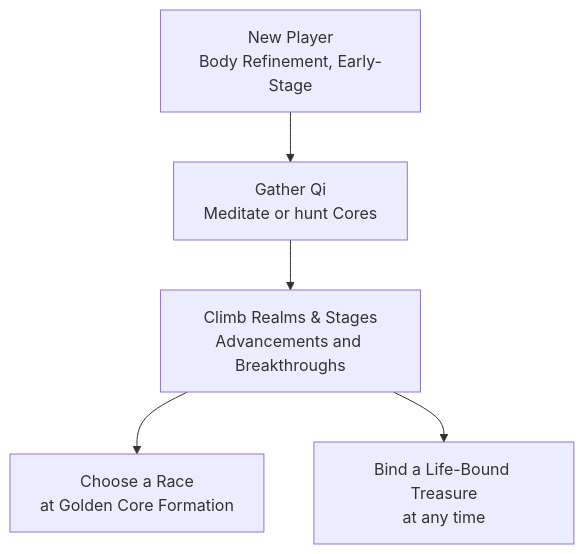
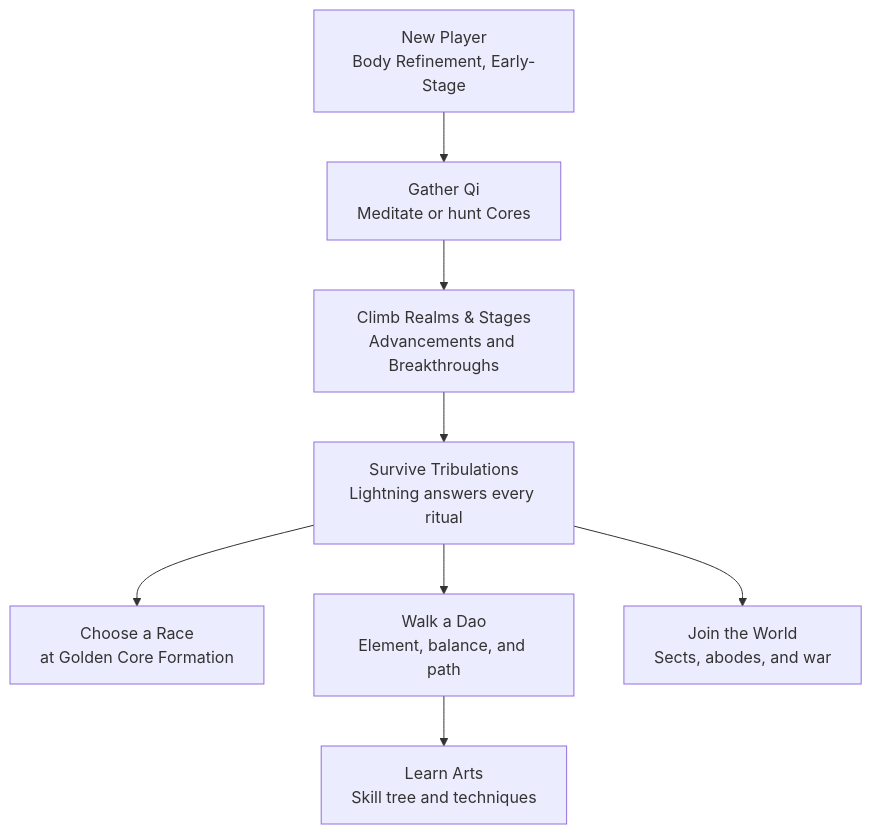
Before and after one commit to SirenHytale/mermaids.dev: the diagram in cultivation/index.md, drawn with Mermaid. The commit also changed other lines of this file and 36 other files, not shown here.

````diff
--- a/cultivation/index.md
+++ b/cultivation/index.md
@@ -32,13 +39,19 @@
 ```mermaid
 flowchart TD;
     Player["New Player<br/>Body Refinement, Early-Stage"];
     Player --> Qi["Gather Qi<br/>Meditate or hunt Cores"];
     Qi --> Realms["Climb Realms & Stages<br/>Advancements and Breakthroughs"];
-    Realms --> Race["Choose a Race<br/>at Golden Core Formation"];
-    Realms --> Bind["Bind a Life-Bound Treasure<br/>at any time"];
+    Realms --> Trib["Survive Tribulations<br/>Lightning answers every ritual"];
+    Trib --> Race["Choose a Race<br/>at Golden Core Formation"];
+    Trib --> Dao["Walk a Dao<br/>Element, balance, and path"];
+    Dao --> Arts["Learn Arts<br/>Skill tree and techniques"];
+    Trib --> Society["Join the World<br/>Sects, abodes, and war"];
 
     click Qi "/cultivation/qi-gathering/" "View the Qi Gathering page";
     click Realms "/cultivation/realms/" "View the Realms page";
+    click Trib "/cultivation/tribulations/" "View the Tribulations page";
     click Race "/cultivation/races/" "View the Races page";
-    click Bind "/cultivation/lifebound/" "View the Life-Bound Treasures page";
+    click Dao "/cultivation/dao/" "View the Dao page";
+    click Arts "/cultivation/techniques/" "View the Techniques page";
+    click Society "/cultivation/sects/" "View the Sects page";
 ```
````
